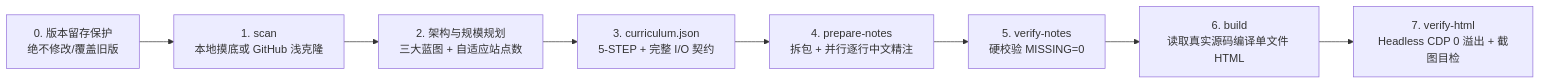
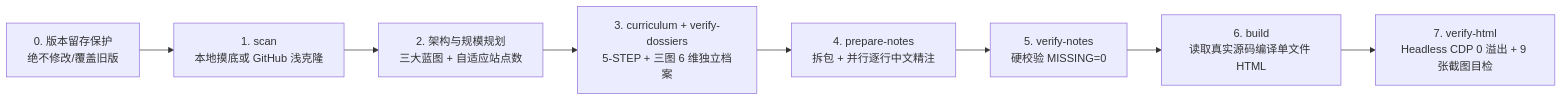
One commit to Frank-zhu2000/repo-mastery-html changed the diagram in README.md. Above: the diagram before and after it, drawn with Mermaid. The commit also changed other lines of this file and 21 other files, not shown here.

Commit message:
feat: upgrade to v6 overview dossiers, cross-repo generalizability & CDP CI

````diff
--- a/README.md
+++ b/README.md
@@ -155,10 +170,10 @@
 ```mermaid
 flowchart LR
     S0["0. 版本留存保护<br/>绝不修改/覆盖旧版"] --> S1["1. scan<br/>本地摸底或 GitHub 浅克隆"]
     S1 --> S2["2. 架构与规模规划<br/>三大蓝图 + 自适应站点数"]
-    S2 --> S3["3. curriculum.json<br/>5-STEP + 完整 I/O 契约"]
+    S2 --> S3["3. curriculum + verify-dossiers<br/>5-STEP + 三图 6 维独立档案"]
     S3 --> S4["4. prepare-notes<br/>拆包 + 并行逐行中文精注"]
     S4 --> S5["5. verify-notes<br/>硬校验 MISSING=0"]
     S5 --> S6["6. build<br/>读取真实源码编译单文件 HTML"]
-    S6 --> S7["7. verify-html<br/>Headless CDP 0 溢出 + 截图目检"]
+    S6 --> S7["7. verify-html<br/>Headless CDP 0 溢出 + 9 张截图目检"]
 ```
````
